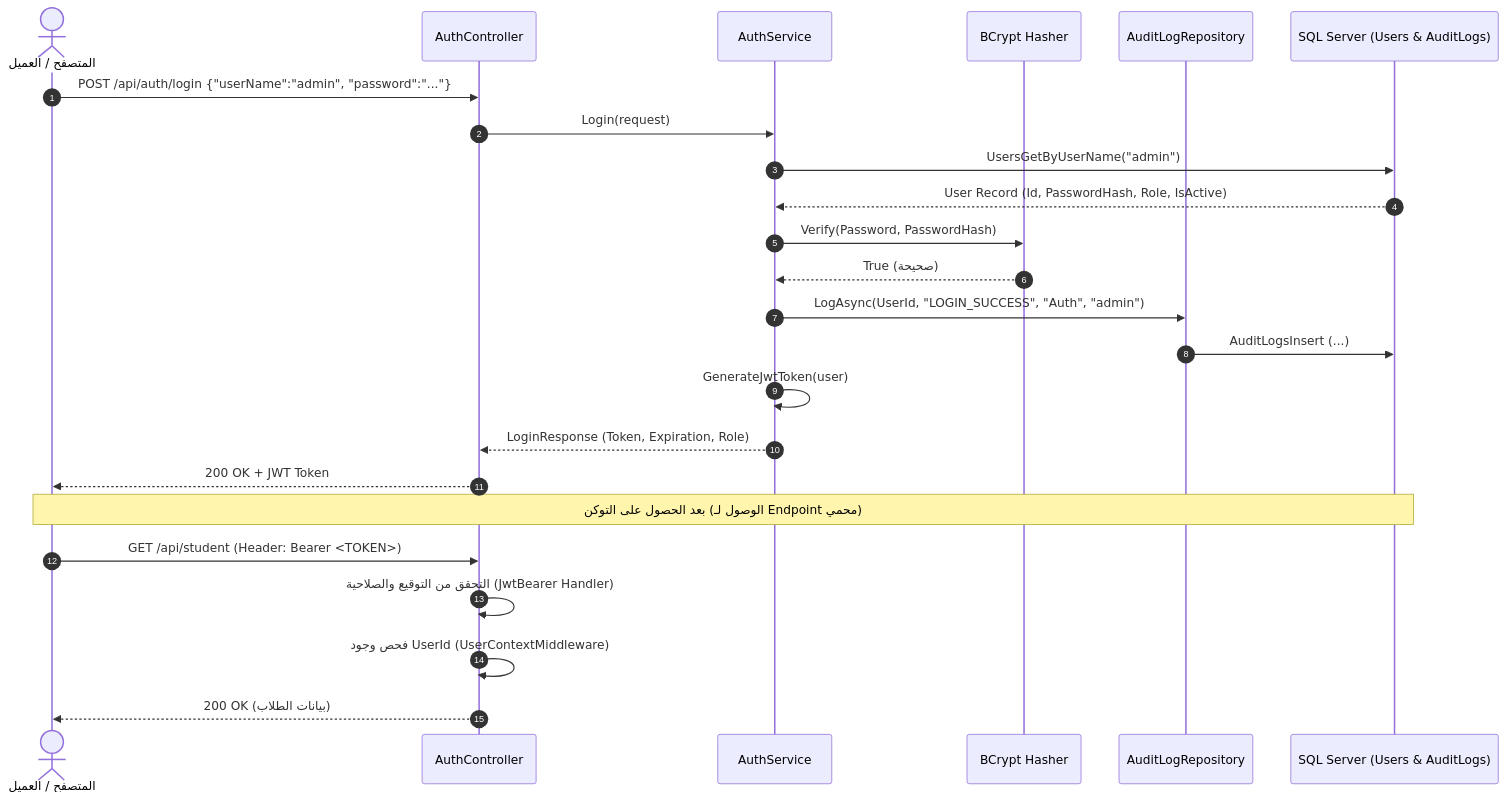
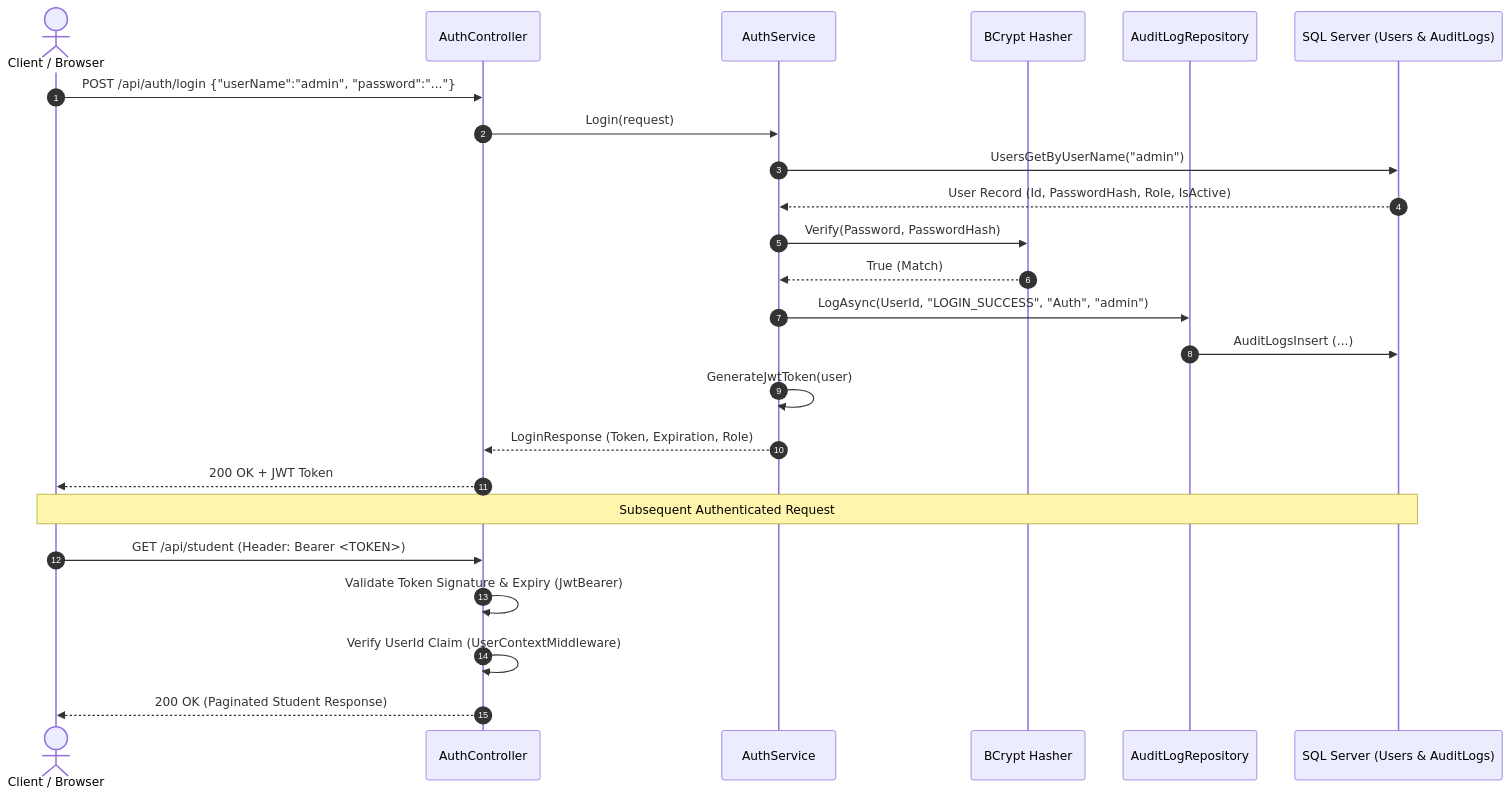
The diagram in Documentation/Authentication-Guide.md (Abbas-F-R/Training_Project), drawn with Mermaid before and after one commit. The commit also changed other lines of this file and 111 other files, not shown here.

````diff
--- a/Documentation/Authentication-Guide.md
+++ b/Documentation/Authentication-Guide.md
@@ -73,29 +78,29 @@
 ```mermaid
 sequenceDiagram
     autonumber
-    actor Client as المتصفح / العميل
+    actor Client as Client / Browser
     participant API as AuthController
     participant AuthSvc as AuthService
     participant Hash as BCrypt Hasher
     participant Audit as AuditLogRepository
     participant DB as SQL Server (Users & AuditLogs)
 
     Client->>API: POST /api/auth/login {"userName":"admin", "password":"..."}
     API->>AuthSvc: Login(request)
     AuthSvc->>DB: UsersGetByUserName("admin")
     DB-->>AuthSvc: User Record (Id, PasswordHash, Role, IsActive)
     AuthSvc->>Hash: Verify(Password, PasswordHash)
-    Hash-->>AuthSvc: True (صحيحة)
+    Hash-->>AuthSvc: True (Match)
     AuthSvc->>Audit: LogAsync(UserId, "LOGIN_SUCCESS", "Auth", "admin")
     Audit->>DB: AuditLogsInsert (...)
     AuthSvc->>AuthSvc: GenerateJwtToken(user)
     AuthSvc-->>API: LoginResponse (Token, Expiration, Role)
     API-->>Client: 200 OK + JWT Token
 
-    Note over Client, DB: بعد الحصول على التوكن (الوصول لـ Endpoint محمي)
+    Note over Client, DB: Subsequent Authenticated Request
 
     Client->>API: GET /api/student (Header: Bearer <TOKEN>)
-    API->>API: التحقق من التوقيع والصلاحية (JwtBearer Handler)
-    API->>API: فحص وجود UserId (UserContextMiddleware)
-    API-->>Client: 200 OK (بيانات الطلاب)
+    API->>API: Validate Token Signature & Expiry (JwtBearer)
+    API->>API: Verify UserId Claim (UserContextMiddleware)
+    API-->>Client: 200 OK (Paginated Student Response)
 ```
````
